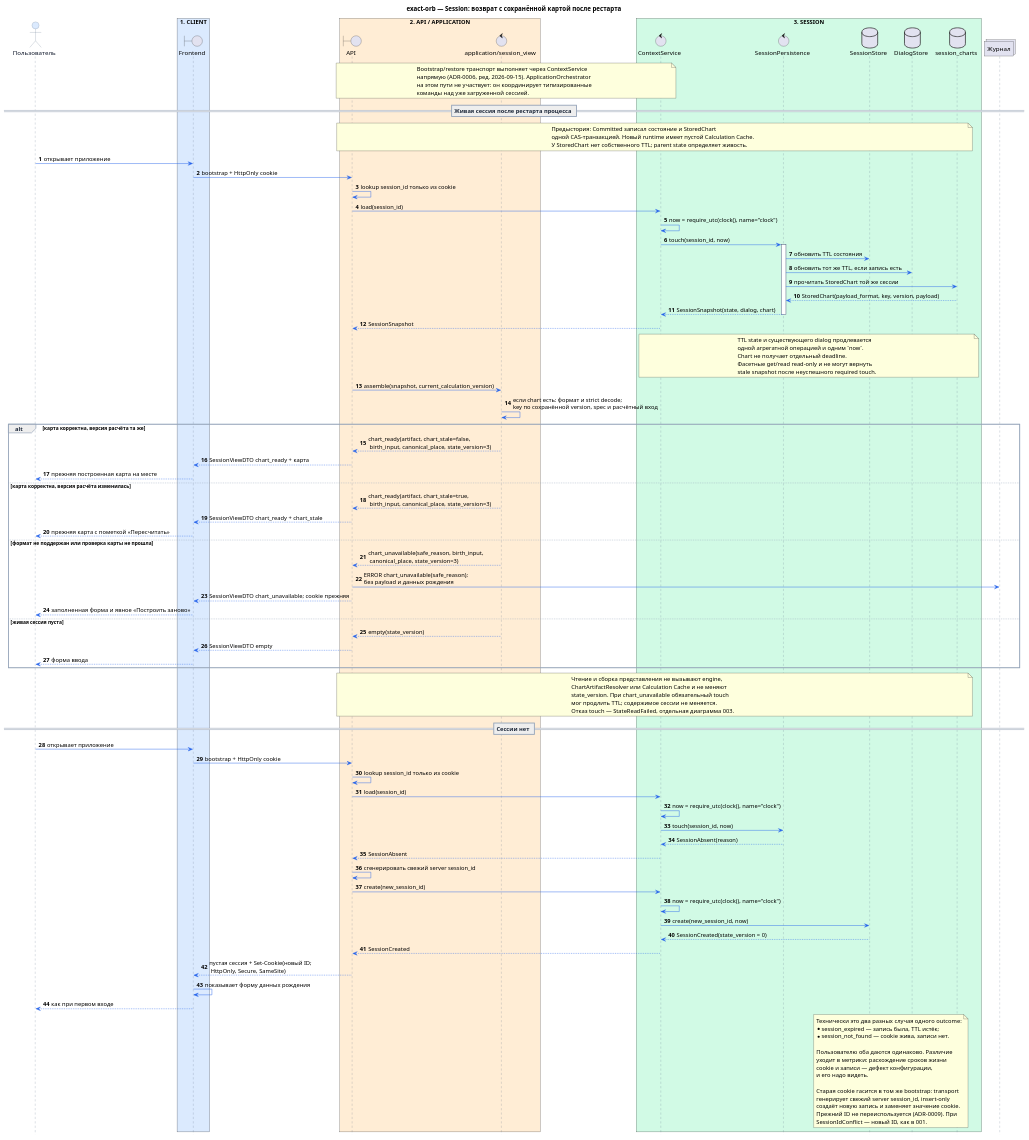
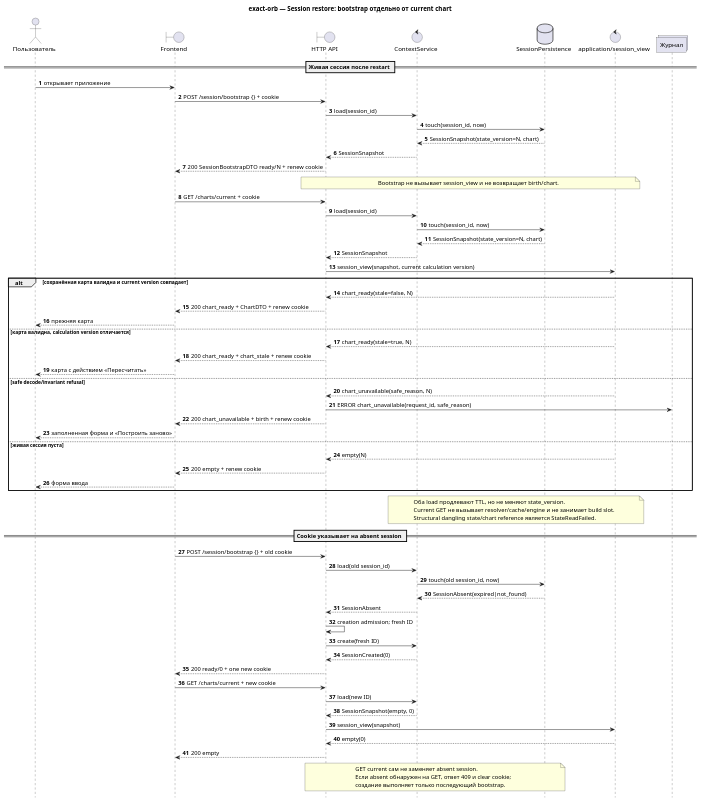
One commit to ksenia-baranova/exact-orb-demo changed the diagram in docs/sequence_diagrams/session/002-session-restore-on-return.puml. Above: the diagram before and after it, drawn with PlantUML. The commit also changed 36 other files, not shown here.

First line of the commit message:
docs: define HTTP API and session middleware contract

```diff
--- a/docs/sequence_diagrams/session/002-session-restore-on-return.puml
+++ b/docs/sequence_diagrams/session/002-session-restore-on-return.puml
@@ -1,169 +1,87 @@
 @startuml
-title exact-orb — Session: возврат с сохранённой картой после рестарта
-
-' После подтверждённого build процесс мог перезапуститься:
-' SQLite-сессия жива, Calculation Cache нового процесса пуст.
-' Bootstrap остаётся целевым HTTP-шагом M1-6; session_view — первая ветка.
+title exact-orb — Session restore: bootstrap отдельно от current chart
 
 autonumber
 hide footbox
-
 skinparam shadowing false
 skinparam responseMessageBelowArrow true
 
-skinparam sequence {
-    ArrowColor #2563EB
-    LifeLineBorderColor #64748B
-    LifeLineBackgroundColor #FFFFFF
-
-    ParticipantBorderColor #64748B
-    ParticipantFontColor #0F172A
-    ParticipantBackgroundColor #F8FAFC
-
-    ActorBorderColor #64748B
-    ActorFontColor #0F172A
-    ActorBackgroundColor #DBEAFE
-
-    GroupBorderColor #94A3B8
-    GroupHeaderFontColor #1E293B
-
-    DividerBorderColor #94A3B8
-    DividerFontColor #1E293B
-
-    NoteBorderColor #94A3B8
-    NoteBackgroundColor #FFFBEA
-    NoteFontColor #334155
-}
-
 actor "Пользователь" as User
-
-box "1. CLIENT" #DBEAFE
-    boundary "Frontend" as FE
-end box
-
-box "2. API / APPLICATION" #FFEDD5
-    boundary "API" as API
-    control "application/session_view" as View
-end box
-
-box "3. SESSION" #D1FAE5
-    control "ContextService" as Context
-    control "SessionPersistence" as Persistence
-    database "SessionStore" as Store
-    database "DialogStore" as Dialog
-    database "session_charts" as Charts
-end box
-
+boundary "Frontend" as FE
+boundary "HTTP API" as API
+control "ContextService" as Context
+database "SessionPersistence" as Store
+control "application/session_view" as View
 collections "Журнал" as Log
 
-note over API, Context
-Bootstrap/restore транспорт выполняет через ContextService
-напрямую (ADR-0006, ред. 2026-09-15). ApplicationOrchestrator
-на этом пути не участвует: он координирует типизированные
-команды над уже загруженной сессией.
+== Живая сессия после restart ==
+
+User -> FE : открывает приложение
+FE -> API : POST /session/bootstrap {} + cookie
+API -> Context : load(session_id)
+Context -> Store : touch(session_id, now)
+Store --> Context : SessionSnapshot(state_version=N, chart)
+Context --> API : SessionSnapshot
+API --> FE : 200 SessionBootstrapDTO ready/N + renew cookie
+
+note over API, View
+Bootstrap не вызывает session_view и не возвращает birth/chart.
 end note
 
+FE -> API : GET /charts/current + cookie
+API -> Context : load(session_id)
+Context -> Store : touch(session_id, now)
+Store --> Context : SessionSnapshot(state_version=N, chart)
+Context --> API : SessionSnapshot
+API -> View : session_view(snapshot, current calculation version)
 
-== Живая сессия после рестарта процесса ==
-
-note over API, Charts
-Предыстория: Committed записал состояние и StoredChart
-одной CAS-транзакцией. Новый runtime имеет пустой Calculation Cache.
-У StoredChart нет собственного TTL; parent state определяет живость.
-end note
-
-User -> FE : открывает приложение
-FE -> API : bootstrap + HttpOnly cookie
-API -> API : lookup session_id только из cookie
-
-API -> Context : load(session_id)
-Context -> Context : now = require_utc(clock(), name="clock")
-Context -> Persistence : touch(session_id, now)
-activate Persistence
-Persistence -> Store : обновить TTL состояния
-Persistence -> Dialog : обновить тот же TTL, если запись есть
-Persistence -> Charts : прочитать StoredChart той же сессии
-Charts --> Persistence : StoredChart(payload_format, key, version, payload)
-Persistence --> Context : SessionSnapshot(state, dialog, chart)
-deactivate Persistence
-Context --> API : SessionSnapshot
-
-note over Context, Charts
-TTL state и существующего dialog продлевается
-одной агрегатной операцией и одним `now`.
-Chart не получает отдельный deadline.
-Фасетные get/read read-only и не могут вернуть
-stale snapshot после неуспешного required touch.
-end note
-
-API -> View : assemble(snapshot, current_calculation_version)
-View -> View : если chart есть: формат и strict decode;\nkey по сохранённой version, spec и расчётный вход
-
-alt карта корректна, версия расчёта та же
-    View --> API : chart_ready(artifact, chart_stale=false,\n birth_input, canonical_place, state_version=3)
-    API --> FE : SessionViewDTO chart_ready + карта
-    FE --> User : прежняя построенная карта на месте
-else карта корректна, версия расчёта изменилась
-    View --> API : chart_ready(artifact, chart_stale=true,\n birth_input, canonical_place, state_version=3)
-    API --> FE : SessionViewDTO chart_ready + chart_stale
-    FE --> User : прежняя карта с пометкой «Пересчитать»
-else формат не поддержан или проверка карты не прошла
-    View --> API : chart_unavailable(safe_reason, birth_input,\n canonical_place, state_version=3)
-    API -> Log : ERROR chart_unavailable(safe_reason);\nбез payload и данных рождения
-    API --> FE : SessionViewDTO chart_unavailable; cookie прежняя
-    FE --> User : заполненная форма и явное «Построить заново»
+alt сохранённая карта валидна и current version совпадает
+    View --> API : chart_ready(stale=false, N)
+    API --> FE : 200 chart_ready + ChartDTO + renew cookie
+    FE --> User : прежняя карта
+else карта валидна, calculation version отличается
+    View --> API : chart_ready(stale=true, N)
+    API --> FE : 200 chart_ready + chart_stale + renew cookie
+    FE --> User : карта с действием «Пересчитать»
+else safe decode/invariant refusal
+    View --> API : chart_unavailable(safe_reason, N)
+    API -> Log : ERROR chart_unavailable(request_id, safe_reason)
+    API --> FE : 200 chart_unavailable + birth + renew cookie
+    FE --> User : заполненная форма и «Построить заново»
 else живая сессия пуста
-    View --> API : empty(state_version)
-    API --> FE : SessionViewDTO empty
+    View --> API : empty(N)
+    API --> FE : 200 empty + renew cookie
     FE --> User : форма ввода
 end
 
-note over API, Charts
-Чтение и сборка представления не вызывают engine,
-ChartArtifactResolver или Calculation Cache и не меняют
-state_version. При chart_unavailable обязательный touch
-мог продлить TTL; содержимое сессии не меняется.
-Отказ touch — StateReadFailed, отдельная диаграмма 003.
+note over Context, View
+Оба load продлевают TTL, но не меняют state_version.
+Current GET не вызывает resolver/cache/engine и не занимает build slot.
+Structural dangling state/chart reference является StateReadFailed.
 end note
 
+== Cookie указывает на absent session ==
 
-== Сессии нет ==
+FE -> API : POST /session/bootstrap {} + old cookie
+API -> Context : load(old session_id)
+Context -> Store : touch(old session_id, now)
+Store --> Context : SessionAbsent(expired|not_found)
+Context --> API : SessionAbsent
+API -> API : creation admission; fresh ID
+API -> Context : create(fresh ID)
+Context --> API : SessionCreated(0)
+API --> FE : 200 ready/0 + one new cookie
+FE -> API : GET /charts/current + new cookie
+API -> Context : load(new ID)
+Context --> API : SessionSnapshot(empty, 0)
+API -> View : session_view(snapshot)
+View --> API : empty(0)
+API --> FE : 200 empty
 
-User -> FE : открывает приложение
-FE -> API : bootstrap + HttpOnly cookie
-API -> API : lookup session_id только из cookie
-
-API -> Context : load(session_id)
-Context -> Context : now = require_utc(clock(), name="clock")
-Context -> Persistence : touch(session_id, now)
-Persistence --> Context : SessionAbsent(reason)
-Context --> API : SessionAbsent
-
-API -> API : сгенерировать свежий server session_id
-API -> Context : create(new_session_id)
-Context -> Context : now = require_utc(clock(), name="clock")
-Context -> Store : create(new_session_id, now)
-Store --> Context : SessionCreated(state_version = 0)
-Context --> API : SessionCreated
-API --> FE : пустая сессия + Set-Cookie(новый ID;\n HttpOnly, Secure, SameSite)
-FE -> FE : показывает форму данных рождения
-FE --> User : как при первом входе
-
-note over Store, Dialog
-Технически это два разных случая одного outcome:
-* session_expired — запись была, TTL истёк;
-* session_not_found — cookie жива, записи нет.
-
-Пользователю оба даются одинаково. Различие
-уходит в метрики: расхождение сроков жизни
-cookie и записи — дефект конфигурации,
-и его надо видеть.
-
-Старая cookie гасится в том же bootstrap: transport
-генерирует свежий server session_id, insert-only
-создаёт новую запись и заменяет значение cookie.
-Прежний ID не переиспользуется (ADR-0009). При
-SessionIdConflict — новый ID, как в 001.
+note over API, Store
+GET current сам не заменяет absent session.
+Если absent обнаружен на GET, ответ 409 и clear cookie;
+создание выполняет только последующий bootstrap.
 end note
 
 @enduml
```
